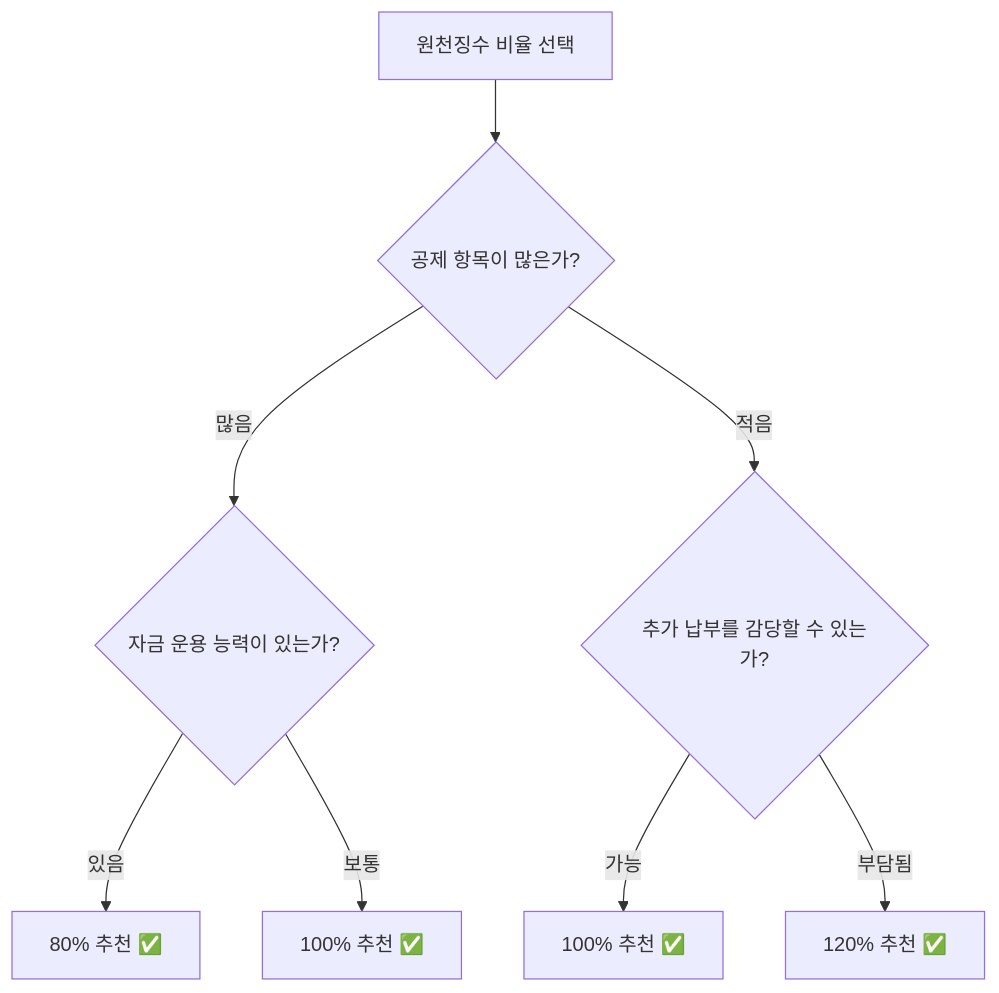
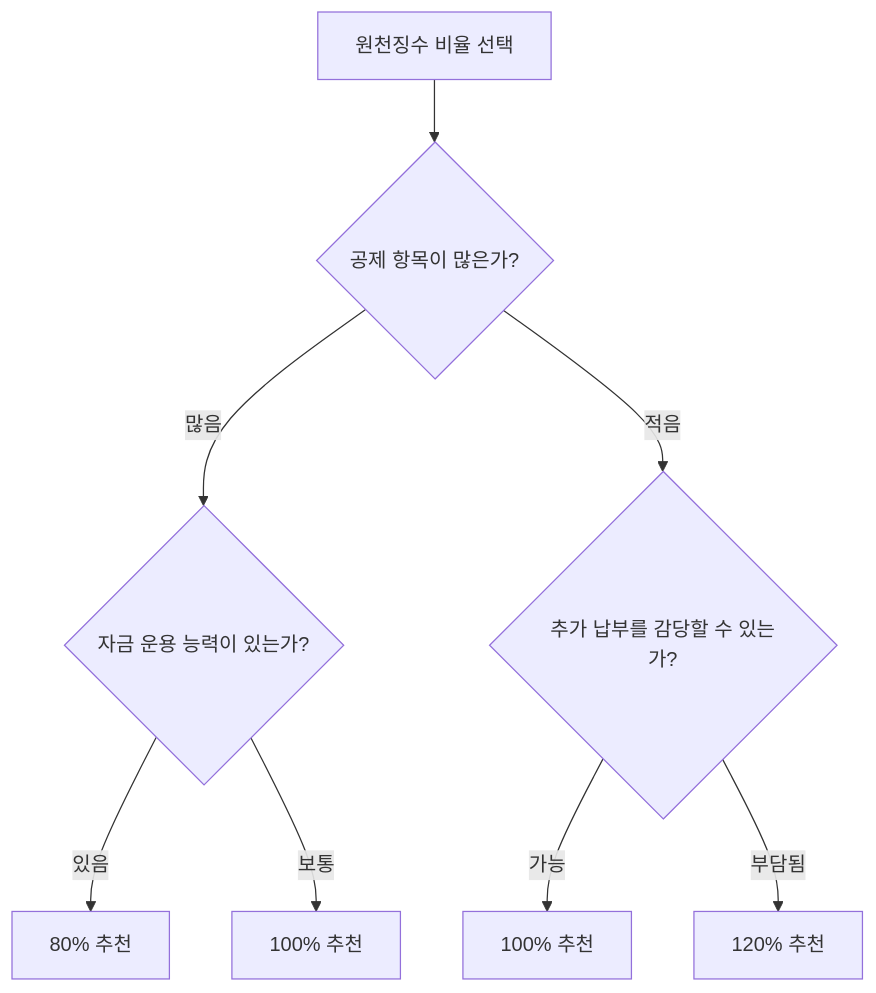
One commit to kenshin579/investment.advenoh.pe.kr changed the second of 2 diagrams in docs/start/withholding-tax-rate-selection-guide/index.md. Above: the diagram before and after it, drawn with Mermaid. The commit also changed other lines of this file and 1 other file, not shown here.

````diff
--- a/docs/start/withholding-tax-rate-selection-guide/index.md
+++ b/docs/start/withholding-tax-rate-selection-guide/index.md
@@ -249,10 +232,10 @@
 ```mermaid
 graph TD
     A[원천징수 비율 선택] --> B{공제 항목이 많은가?}
     B -->|많음| C{자금 운용 능력이 있는가?}
     B -->|적음| D{추가 납부를 감당할 수 있는가?}
-    C -->|있음| E["80% 추천 ✅"]
-    C -->|보통| F["100% 추천 ✅"]
-    D -->|가능| G["100% 추천 ✅"]
-    D -->|부담됨| H["120% 추천 ✅"]
+    C -->|있음| E["80% 추천"]
+    C -->|보통| F["100% 추천"]
+    D -->|가능| G["100% 추천"]
+    D -->|부담됨| H["120% 추천"]
 ```
````
